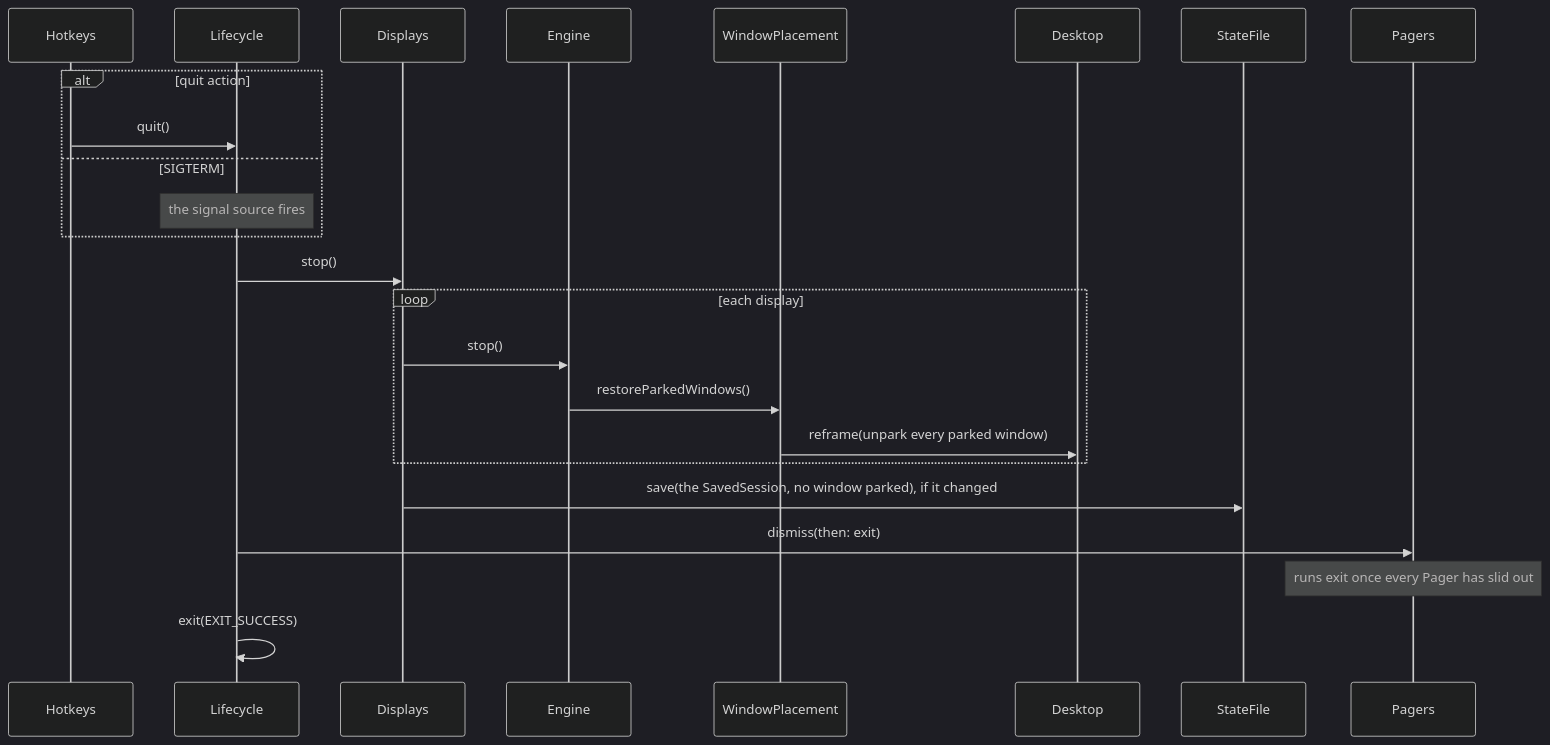
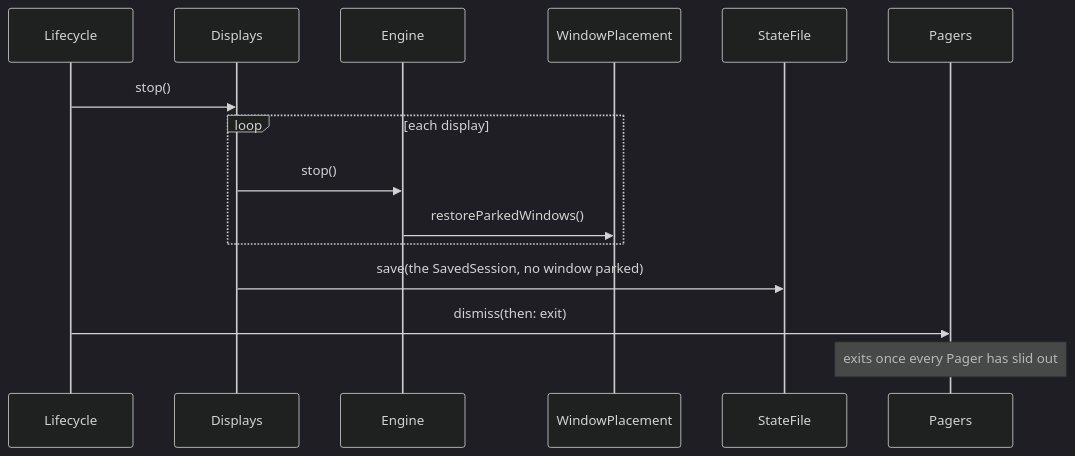
Before and after one commit to brennovich/ottowm: diagram 21 of 25 in ARCHITECTURE.md, drawn with Mermaid (dark theme). The commit also changed other lines of this file, not shown here.

````diff
--- a/ARCHITECTURE.md
+++ b/ARCHITECTURE.md
@@ -557,18 +493,11 @@
 ```mermaid
 sequenceDiagram
-    alt quit action
-        Hotkeys->>Lifecycle: quit()
-    else SIGTERM
-        Note over Lifecycle: the signal source fires
-    end
     Lifecycle->>Displays: stop()
     loop each display
         Displays->>Engine: stop()
         Engine->>WindowPlacement: restoreParkedWindows()
-        WindowPlacement->>Desktop: reframe(unpark every parked window)
     end
-    Displays->>StateFile: save(the SavedSession, no window parked), if it changed
+    Displays->>StateFile: save(the SavedSession, no window parked)
     Lifecycle->>Pagers: dismiss(then: exit)
-    Note over Pagers: runs exit once every Pager has slid out
-    Lifecycle->>Lifecycle: exit(EXIT_SUCCESS)
+    Note over Pagers: exits once every Pager has slid out
 ```
````
